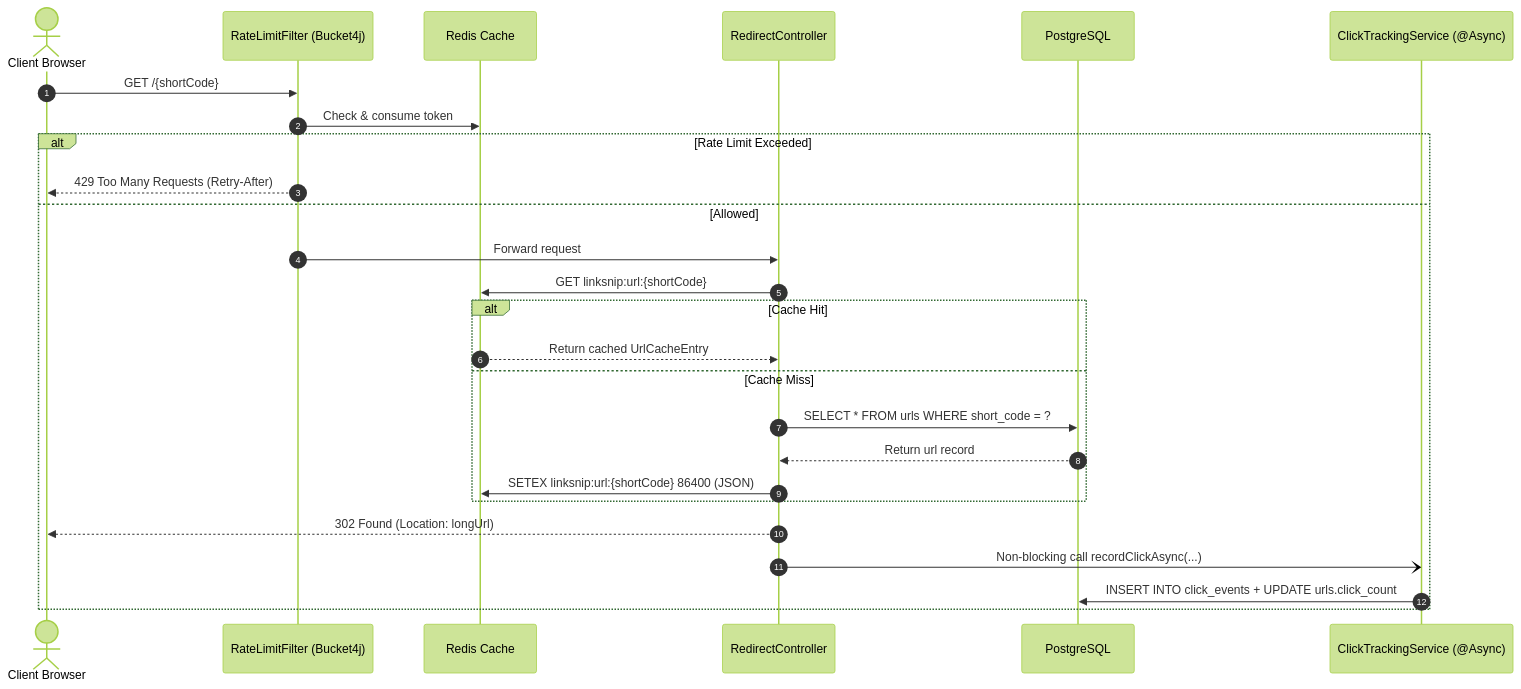
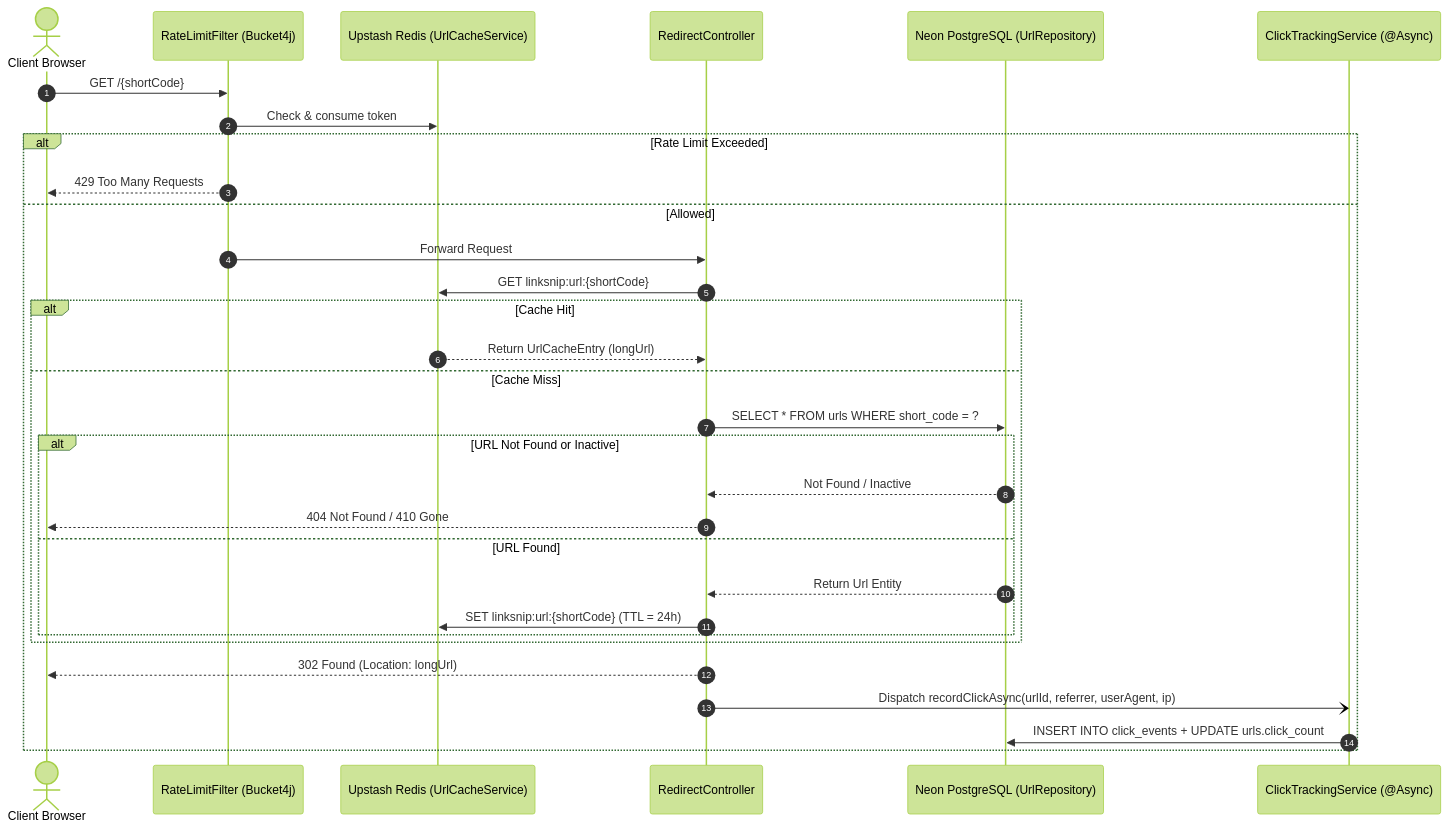
One commit to adarshagrawal14/LinkSnip changed the second of 4 diagrams in README.md. Above: the diagram before and after it, drawn with Mermaid (forest theme). The commit also changed other lines of this file and 2 other files, not shown here.

````diff
--- a/README.md
+++ b/README.md
@@ -141,29 +104,34 @@
 ```mermaid
 sequenceDiagram
     autonumber
     actor User as Client Browser
-    participant Limiter as RateLimitFilter (Bucket4j)
-    participant Redis as Redis Cache
-    participant Redirect as RedirectController
-    participant Postgres as PostgreSQL
-    participant Async as ClickTrackingService (@Async)
+    participant Gateway as RateLimitFilter (Bucket4j)
+    participant Redis as Upstash Redis (UrlCacheService)
+    participant Controller as RedirectController
+    participant DB as Neon PostgreSQL (UrlRepository)
+    participant Worker as ClickTrackingService (@Async)
 
-    User->>Limiter: GET /{shortCode}
-    Limiter->>Redis: Check & consume token
+    User->>Gateway: GET /{shortCode}
+    Gateway->>Redis: Check & consume token
     alt Rate Limit Exceeded
-        Limiter-->>User: 429 Too Many Requests (Retry-After)
+        Gateway-->>User: 429 Too Many Requests
     else Allowed
-        Limiter->>Redirect: Forward request
-        Redirect->>Redis: GET linksnip:url:{shortCode}
+        Gateway->>Controller: Forward Request
+        Controller->>Redis: GET linksnip:url:{shortCode}
         alt Cache Hit
-            Redis-->>Redirect: Return cached UrlCacheEntry
+            Redis-->>Controller: Return UrlCacheEntry (longUrl)
         else Cache Miss
-            Redirect->>Postgres: SELECT * FROM urls WHERE short_code = ?
-            Postgres-->>Redirect: Return url record
-            Redirect->>Redis: SETEX linksnip:url:{shortCode} 86400 (JSON)
+            Controller->>DB: SELECT * FROM urls WHERE short_code = ?
+            alt URL Not Found or Inactive
+                DB-->>Controller: Not Found / Inactive
+                Controller-->>User: 404 Not Found / 410 Gone
+            else URL Found
+                DB-->>Controller: Return Url Entity
+                Controller->>Redis: SET linksnip:url:{shortCode} (TTL = 24h)
+            end
         end
-        Redirect-->>User: 302 Found (Location: longUrl)
-        Redirect-)Async: Non-blocking call recordClickAsync(...)
-        Async->>Postgres: INSERT INTO click_events + UPDATE urls.click_count
+        Controller-->>User: 302 Found (Location: longUrl)
+        Controller-)Worker: Dispatch recordClickAsync(urlId, referrer, userAgent, ip)
+        Worker->>DB: INSERT INTO click_events + UPDATE urls.click_count
     end
 ```
````
